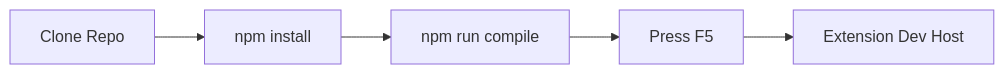
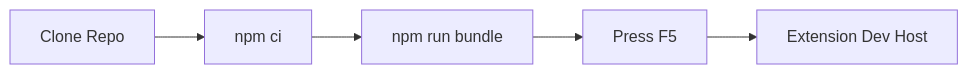
The first of 11 diagrams in docs/DEVELOPMENT.md (devladlog/Fusion-Studio), drawn with Mermaid before and after one commit. The commit also changed other lines of this file and 15 other files, not shown here.

````diff
--- a/docs/DEVELOPMENT.md
+++ b/docs/DEVELOPMENT.md
@@ -12,7 +12,7 @@
 ```mermaid
 flowchart LR
-    A[Clone Repo] --> B[npm install]
-    B --> C[npm run compile]
+    A[Clone Repo] --> B[npm ci]
+    B --> C[npm run bundle]
     C --> D[Press F5]
     D --> E[Extension Dev Host]
 ```
````
